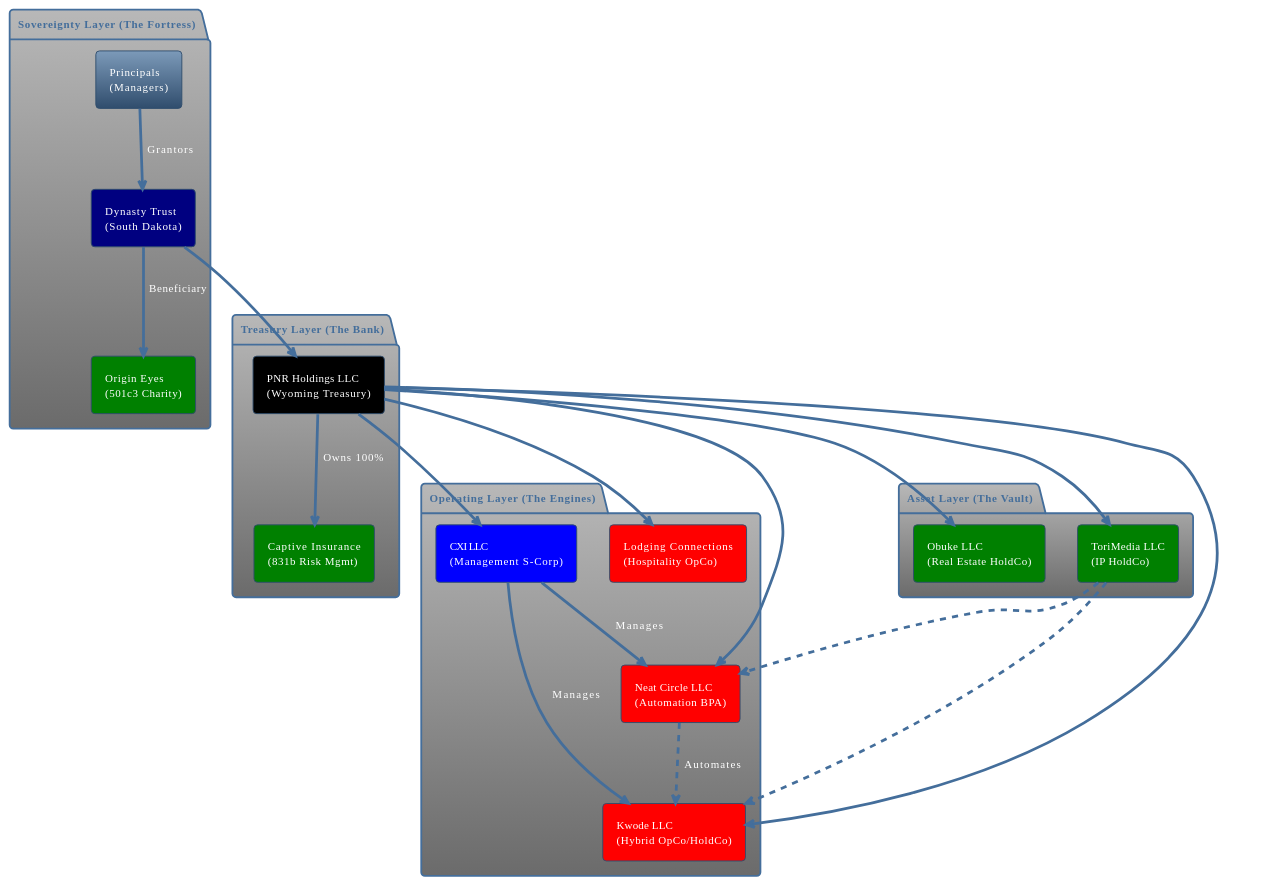
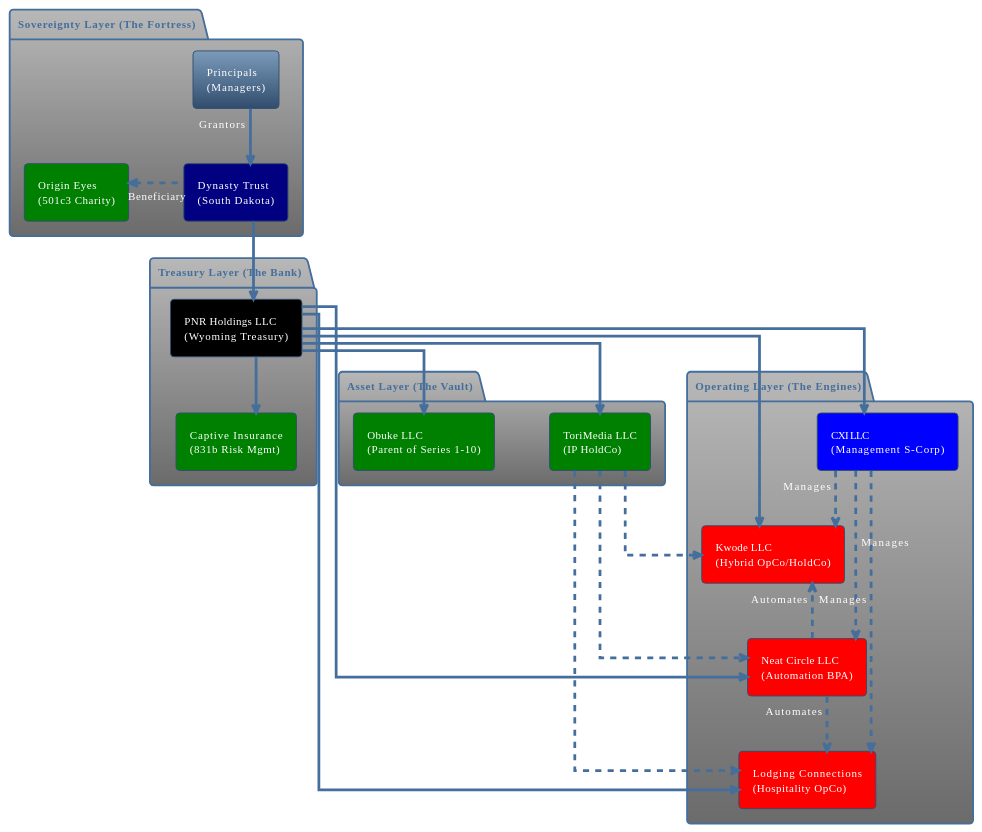
The first of 3 diagrams in LEGACY_CODEX_MASTER_DIAGRAM_V2.md (pinohu/DYNASTY), drawn with PlantUML before and after one commit. The commit also changed 3 other files, not shown here.

Commit message:
fix: Optimize Master Entity Map alignment with Ortho lines and structured layout

````diff
--- a/LEGACY_CODEX_MASTER_DIAGRAM_V2.md
+++ b/LEGACY_CODEX_MASTER_DIAGRAM_V2.md
@@ -10,50 +10,78 @@
 ```plantuml
 @startuml
 !theme spacelab
 skinparam componentStyle rectangle
+skinparam linetype ortho
+skinparam nodesep 60
+skinparam ranksep 60
 
+' --- LEVEL 1: SOVEREIGNTY ---
 package "Sovereignty Layer (The Fortress)" {
+    [Principals\n(Managers)] as PR
     [Dynasty Trust\n(South Dakota)] as DT #Navy
-    [Principals\n(Managers)] as PR
     [Origin Eyes\n(501c3 Charity)] as OE #Green
 }
 
+' --- LEVEL 2: TREASURY ---
 package "Treasury Layer (The Bank)" {
     [PNR Holdings LLC\n(Wyoming Treasury)] as PNR #Black
     [Captive Insurance\n(831b Risk Mgmt)] as CAP #Green
 }
 
+' --- LEVEL 3: ASSETS (HoldCos) ---
 package "Asset Layer (The Vault)" {
-    [Obuke LLC\n(Real Estate HoldCo)] as OBU #Green
+    [Obuke LLC\n(Parent of Series 1-10)] as OBU #Green
     [ToriMedia LLC\n(IP HoldCo)] as TORI #Green
 }
 
+' --- LEVEL 4: OPERATIONS (Engines) ---
 package "Operating Layer (The Engines)" {
     [CXI LLC\n(Management S-Corp)] as CXI #Blue
     [Kwode LLC\n(Hybrid OpCo/HoldCo)] as KW #Red
     [Neat Circle LLC\n(Automation BPA)] as NEAT #Red
     [Lodging Connections\n(Hospitality OpCo)] as LODGE #Red
 }
 
-' Relationships
+' --- ALIGNMENT & LAYOUT (Hidden Links) ---
+' Vertical Backbone
+PR -[hidden]down-> DT
+DT -[hidden]down-> PNR
+PNR -[hidden]down-> CXI
+
+' Side Alignment
+OE -[hidden]right- DT
+PNR -[hidden]right- CAP
+
+' Layer Separation
+OBU -[hidden]right- TORI
+CXI -[hidden]right- KW
+KW -[hidden]right- NEAT
+NEAT -[hidden]right- LODGE
+
+' --- RELATIONSHIPS (Solid = Ownership) ---
 PR --> DT : Grantors
 DT --> PNR : Owns 100%
-DT --> OE : Beneficiary
+DT .left.> OE : Beneficiary
 
-PNR --> CAP : Owns 100%
-PNR --> OBU : Owns 100%
-PNR --> TORI : Owns 100%
-PNR --> CXI : Owns 100%
-PNR --> KW : Owns 100%
-PNR --> NEAT : Owns 100%
-PNR --> LODGE : Owns 100%
+PNR --> CAP
+PNR --> OBU
+PNR --> TORI
+PNR --> CXI
+PNR --> KW
+PNR --> NEAT
+PNR --> LODGE
 
-' Operational Flows
+' --- OPERATIONAL FLOWS (Dotted = Service) ---
+CXI ..> KW : Manages
+CXI ..> NEAT : Manages
+CXI ..> LODGE : Manages
+
 TORI ..> KW : Licenses IP
 TORI ..> NEAT : Licenses IP
+TORI ..> LODGE : Licenses IP
+
 NEAT ..> KW : Automates
-CXI --> KW : Manages
-CXI --> NEAT : Manages
+NEAT ..> LODGE : Automates
 
 @enduml
 ```
````
